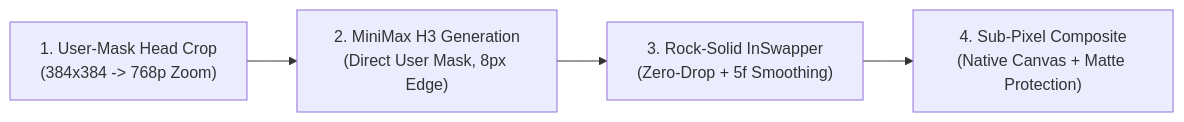
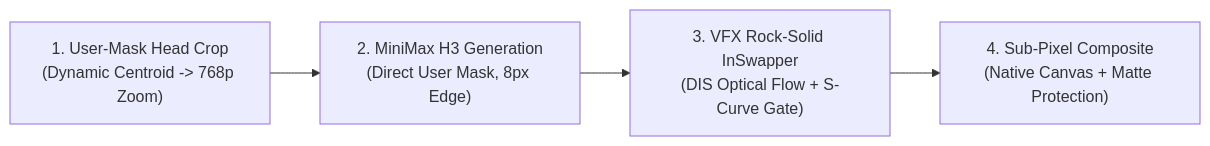
The diagram in README.md (neohh/minimax-h3-faceswap-pipeline), drawn with Mermaid before and after one commit. The commit also changed other lines of this file and 2 other files, not shown here.

Commit message:
v2.0.0: VFX Temporal Coherence Release - DIS Optical Flow, S-Curve Pitch Gate, and Zero-GPEN Sharpening

````diff
--- a/README.md
+++ b/README.md
@@ -35,6 +50,6 @@
 ```mermaid
 flowchart LR
-    A["1. User-Mask Head Crop<br/>(384x384 -> 768p Zoom)"] --> B["2. MiniMax H3 Generation<br/>(Direct User Mask, 8px Edge)"]
-    B --> C["3. Rock-Solid InSwapper<br/>(Zero-Drop + 5f Smoothing)"]
+    A["1. User-Mask Head Crop<br/>(Dynamic Centroid -> 768p Zoom)"] --> B["2. MiniMax H3 Generation<br/>(Direct User Mask, 8px Edge)"]
+    B --> C["3. VFX Rock-Solid InSwapper<br/>(DIS Optical Flow + S-Curve Gate)"]
     C --> D["4. Sub-Pixel Composite<br/>(Native Canvas + Matte Protection)"]
 ```
````
